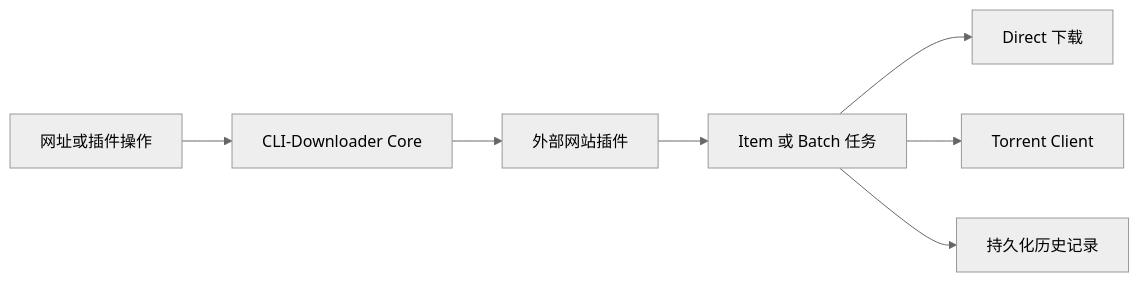
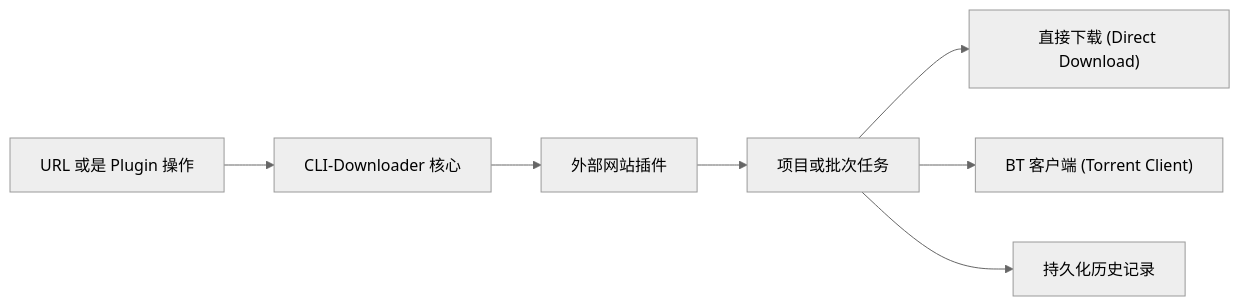
The diagram in README.zh-CN.md (RyuuMeow/CLI-Downloader), drawn with Mermaid (neutral theme) before and after one commit. The commit also changed other lines of this file and 8 other files, not shown here.

````diff
--- a/README.zh-CN.md
+++ b/README.zh-CN.md
@@ -115,9 +78,9 @@
 ```mermaid
 flowchart LR
-    URL["网址或插件操作"] --> Core["CLI-Downloader Core"]
+    URL["URL 或是 Plugin 操作"] --> Core["CLI-Downloader 核心"]
     Core --> Plugin["外部网站插件"]
-    Plugin --> Task["Item 或 Batch 任务"]
-    Task --> Direct["Direct 下载"]
-    Task --> Torrent["Torrent Client"]
+    Plugin --> Task["项目或批次任务"]
+    Task --> Direct["直接下载 (Direct Download)"]
+    Task --> Torrent["BT 客户端 (Torrent Client)"]
     Task --> History["持久化历史记录"]
 ```
````
